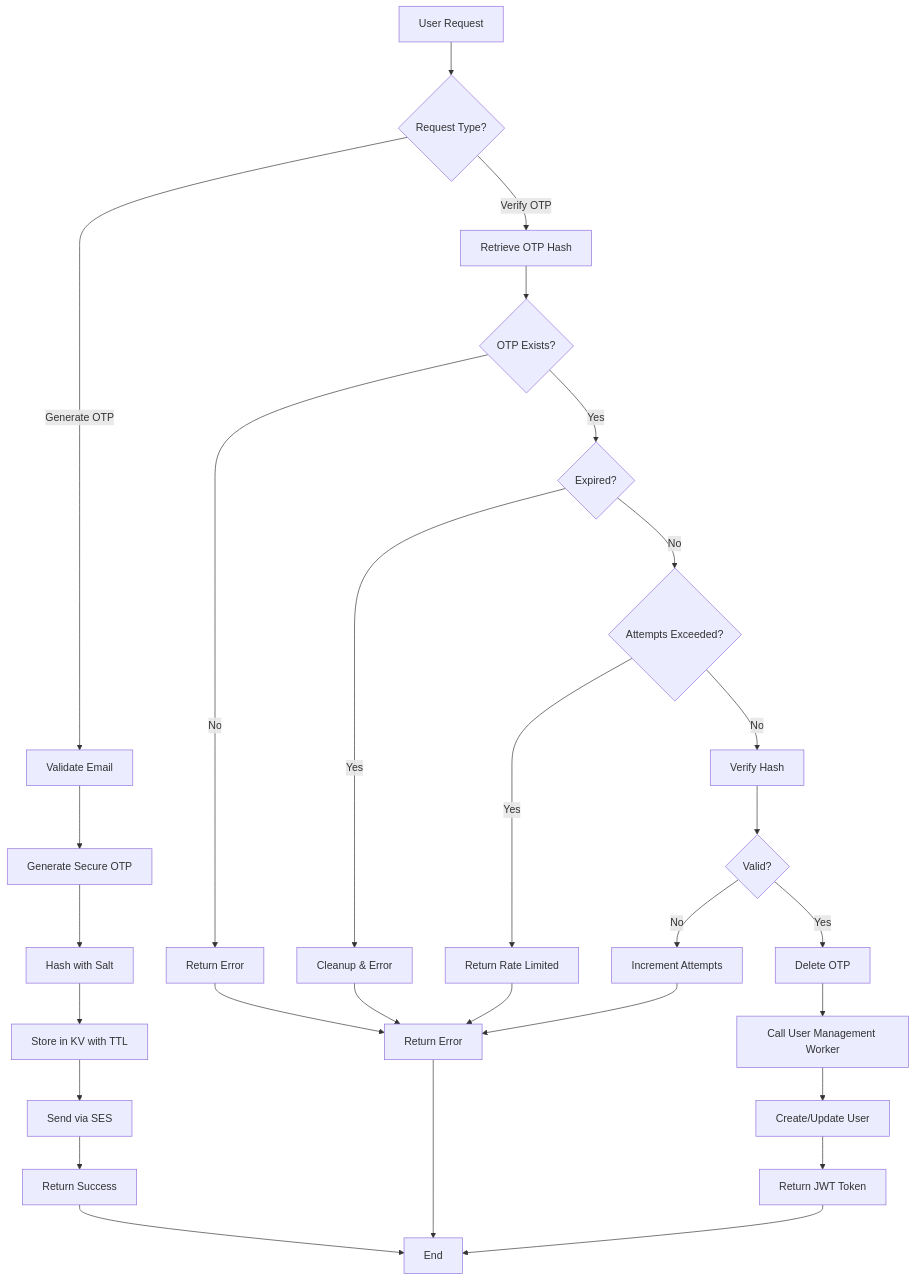
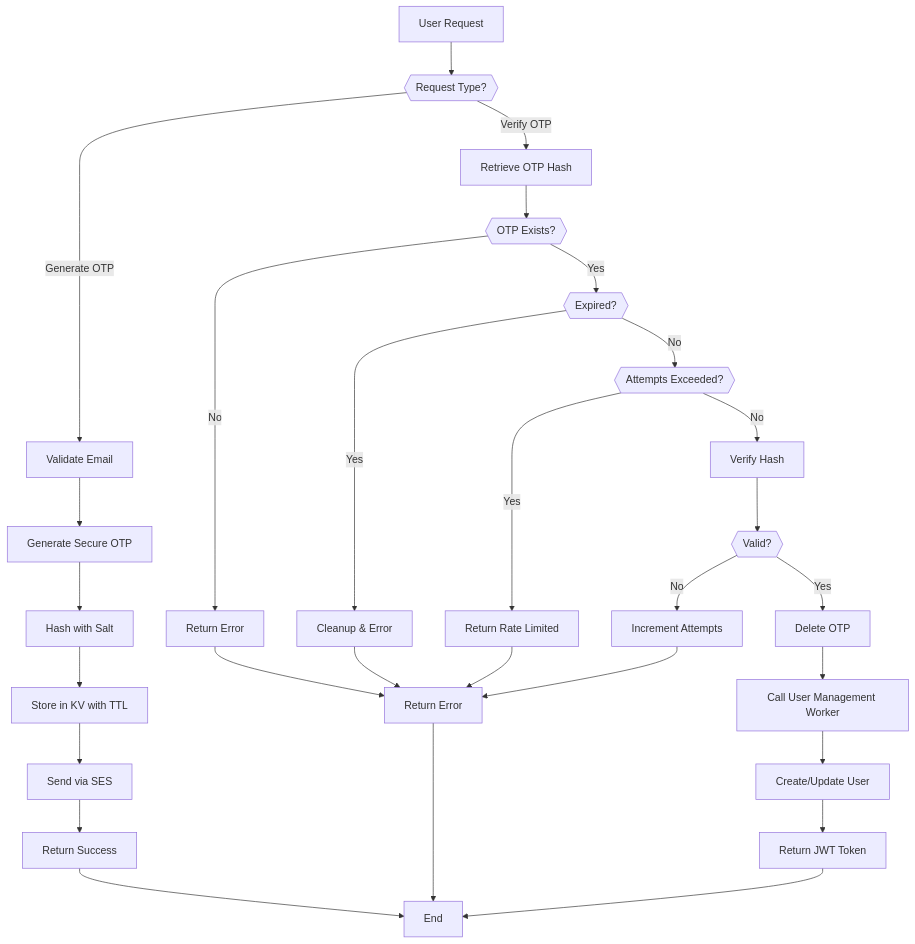
One commit to NolanFoster/seasoned-app changed the fourth of 6 diagrams in README.md. Above: the diagram before and after it, drawn with Mermaid. The commit also changed other lines of this file, not shown here.

Commit message:
Update README with Mermaid diagram improvements and rendering notes

````diff
--- a/README.md
+++ b/README.md
@@ -182,36 +196,36 @@
 ```mermaid
 flowchart TD
-    A[User Request] --> B{Request Type?}
+    A[User Request] --> B{{Request Type?}}
     
     B -->|Generate OTP| C[Validate Email]
     B -->|Verify OTP| D[Retrieve OTP Hash]
     
     C --> E[Generate Secure OTP]
     E --> F[Hash with Salt]
     F --> G[Store in KV with TTL]
     G --> H[Send via SES]
     H --> I[Return Success]
     
-    D --> J{OTP Exists?}
+    D --> J{{OTP Exists?}}
     J -->|No| K[Return Error]
-    J -->|Yes| L{Expired?}
+    J -->|Yes| L{{Expired?}}
     L -->|Yes| M[Cleanup & Error]
-    L -->|No| N{Attempts Exceeded?}
+    L -->|No| N{{Attempts Exceeded?}}
     N -->|Yes| O[Return Rate Limited]
     N -->|No| P[Verify Hash]
-    P --> Q{Valid?}
+    P --> Q{{Valid?}}
     Q -->|No| R[Increment Attempts]
     Q -->|Yes| S[Delete OTP]
     S --> T[Call User Management Worker]
     T --> U[Create/Update User]
     U --> V[Return JWT Token]
     
     R --> W[Return Error]
     M --> W
     O --> W
     K --> W
     
     I --> X[End]
     V --> X
     W --> X
 ```
````
